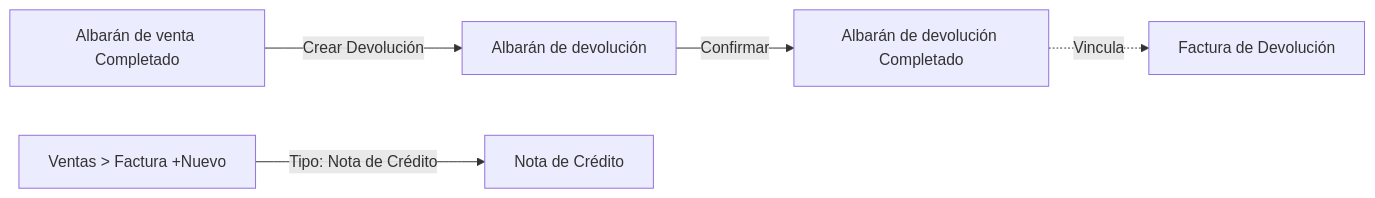
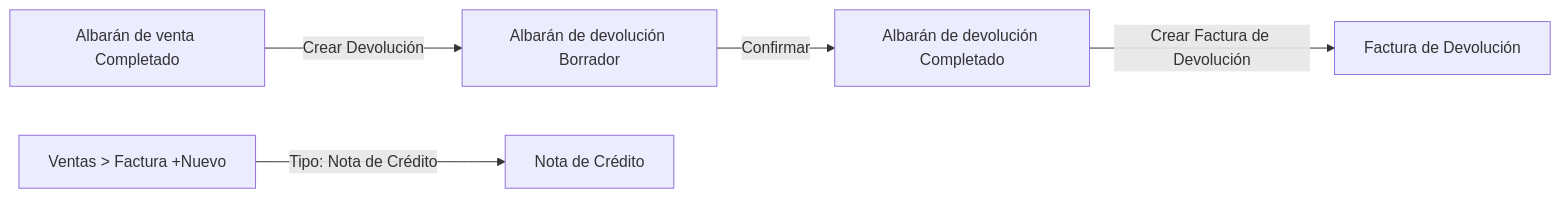
Before and after one commit to etendosoftware/etendo-go-docs: the diagram in docs/es/comercial/ventas/crear-y-gestionar-devoluciones/crear-y-gestionar-devoluciones.md, drawn with Mermaid. The commit also changed other lines of this file and 39 other files, not shown here.

````diff
--- a/docs/es/comercial/ventas/crear-y-gestionar-devoluciones/crear-y-gestionar-devoluciones.md
+++ b/docs/es/comercial/ventas/crear-y-gestionar-devoluciones/crear-y-gestionar-devoluciones.md
@@ -20,7 +20,7 @@
 ```mermaid
 flowchart LR
-  A[Albarán de venta Completado] -->|Crear Devolución| B[Albarán de devolución]
+  A[Albarán de venta Completado] -->|Crear Devolución| B[Albarán de devolución Borrador]
   B -->|Confirmar| C[Albarán de devolución Completado]
-  C -.->|Vincula| D[Factura de Devolución]
+  C -->|Crear Factura de Devolución| D[Factura de Devolución]
   E[Ventas > Factura +Nuevo] -->|Tipo: Nota de Crédito| F[Nota de Crédito]
 ```
````
